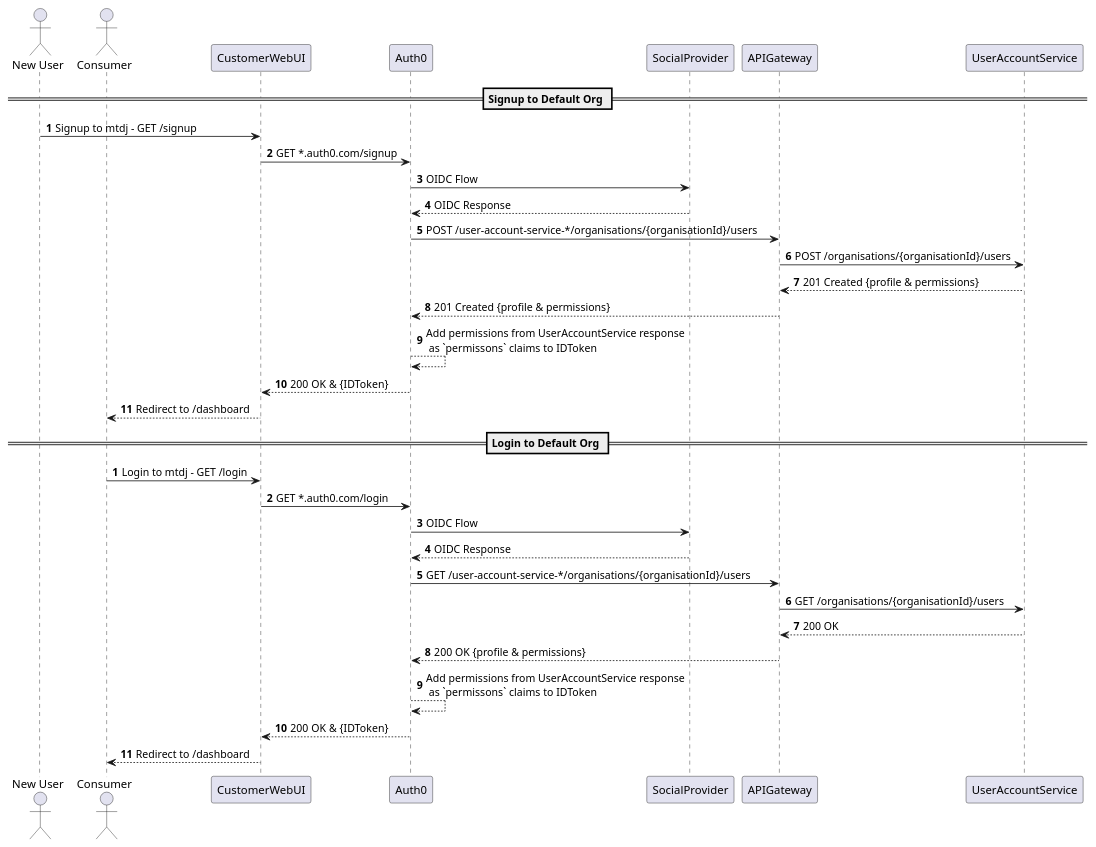
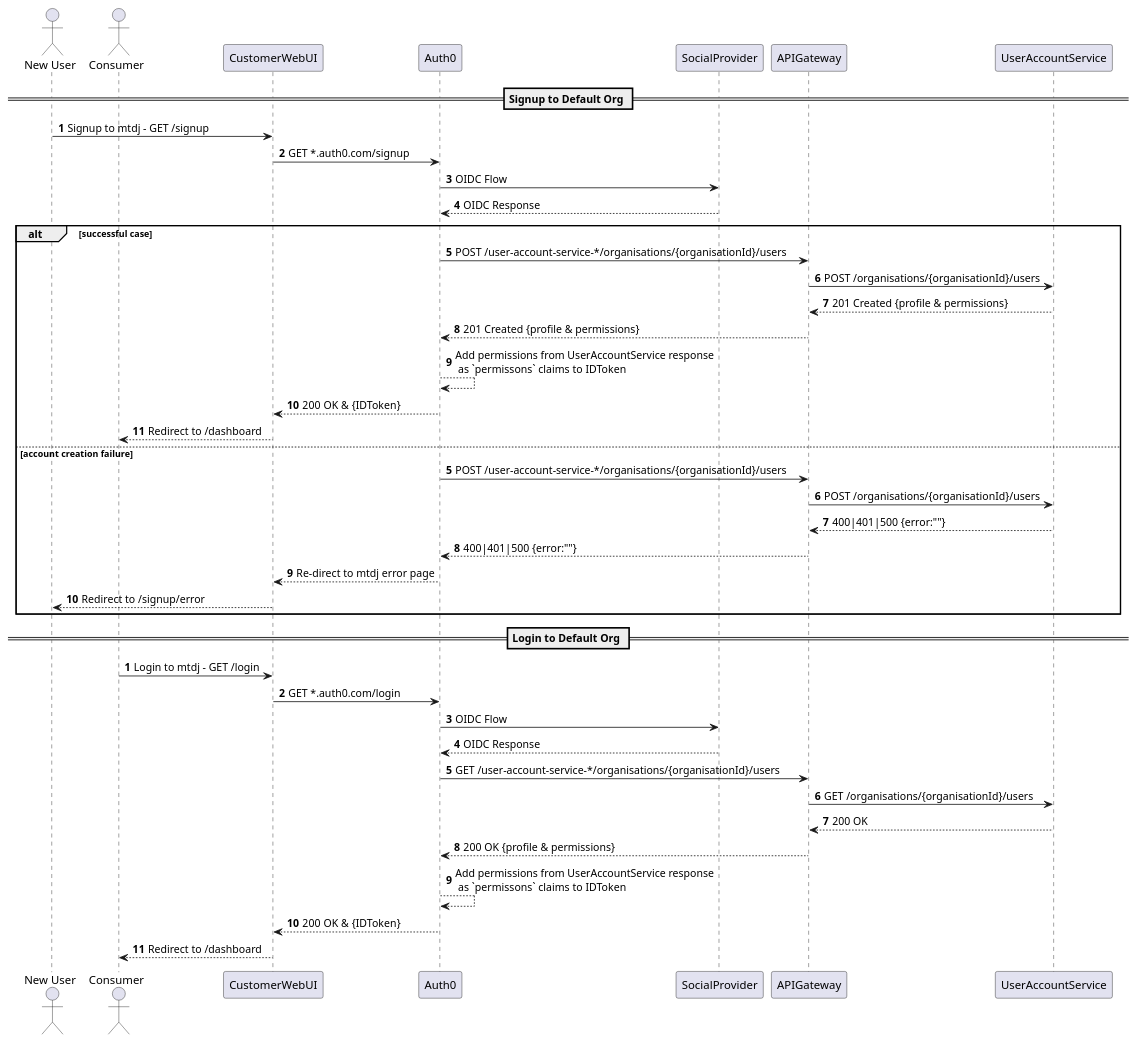
Before and after one commit to math-dojo/architecture: the diagram in diagrams/plantuml/consumer-auth-journey.puml, drawn with PlantUML.

Commit message:
Separate signup into success and failure cases

```diff
--- a/diagrams/plantuml/consumer-auth-journey.puml
+++ b/diagrams/plantuml/consumer-auth-journey.puml
@@ -1,35 +1,45 @@
 @startuml consumer-auth-journey
 skinparam responseMessageBelowArrow true
 actor "New User" as N
 actor Consumer
 
 == Signup to Default Org ==
 autonumber
 N -> CustomerWebUI: Signup to mtdj - GET /signup
 CustomerWebUI -> Auth0: GET *.auth0.com/signup
 Auth0 -> SocialProvider: OIDC Flow
 SocialProvider --> Auth0: OIDC Response
-Auth0 -> APIGateway: POST /user-account-service-*/organisations/{organisationId}/users
-APIGateway -> UserAccountService: POST /organisations/{organisationId}/users
-UserAccountService --> APIGateway: 201 Created {profile & permissions}
-APIGateway --> Auth0: 201 Created {profile & permissions}
-Auth0 --> Auth0: Add permissions from UserAccountService response\n as `permissons` claims to IDToken
-Auth0 --> CustomerWebUI: 200 OK & {IDToken}
-CustomerWebUI --> Consumer: Redirect to /dashboard
+alt successful case
+    Auth0 -> APIGateway: POST /user-account-service-*/organisations/{organisationId}/users
+    APIGateway -> UserAccountService: POST /organisations/{organisationId}/users
+    UserAccountService --> APIGateway: 201 Created {profile & permissions}
+    APIGateway --> Auth0: 201 Created {profile & permissions}
+    Auth0 --> Auth0: Add permissions from UserAccountService response\n as `permissons` claims to IDToken
+    Auth0 --> CustomerWebUI: 200 OK & {IDToken}
+    CustomerWebUI --> Consumer: Redirect to /dashboard
+else account creation failure
+autonumber 5
+    Auth0 -> APIGateway: POST /user-account-service-*/organisations/{organisationId}/users
+    APIGateway -> UserAccountService: POST /organisations/{organisationId}/users
+    UserAccountService --> APIGateway: 400|401|500 {error:""}
+    APIGateway --> Auth0: 400|401|500 {error:""}
+    Auth0 --> CustomerWebUI: Re-direct to mtdj error page
+    CustomerWebUI --> N: Redirect to /signup/error
+end
 
 
 == Login to Default Org ==
 autonumber
 Consumer -> CustomerWebUI: Login to mtdj - GET /login
 CustomerWebUI -> Auth0: GET *.auth0.com/login
 Auth0 -> SocialProvider: OIDC Flow
 SocialProvider --> Auth0: OIDC Response
 Auth0 -> APIGateway: GET /user-account-service-*/organisations/{organisationId}/users
 APIGateway -> UserAccountService: GET /organisations/{organisationId}/users
 UserAccountService --> APIGateway: 200 OK
 APIGateway --> Auth0: 200 OK {profile & permissions}
 Auth0 --> Auth0: Add permissions from UserAccountService response\n as `permissons` claims to IDToken
 Auth0 --> CustomerWebUI: 200 OK & {IDToken}
 CustomerWebUI --> Consumer: Redirect to /dashboard
 
 @enduml
```
